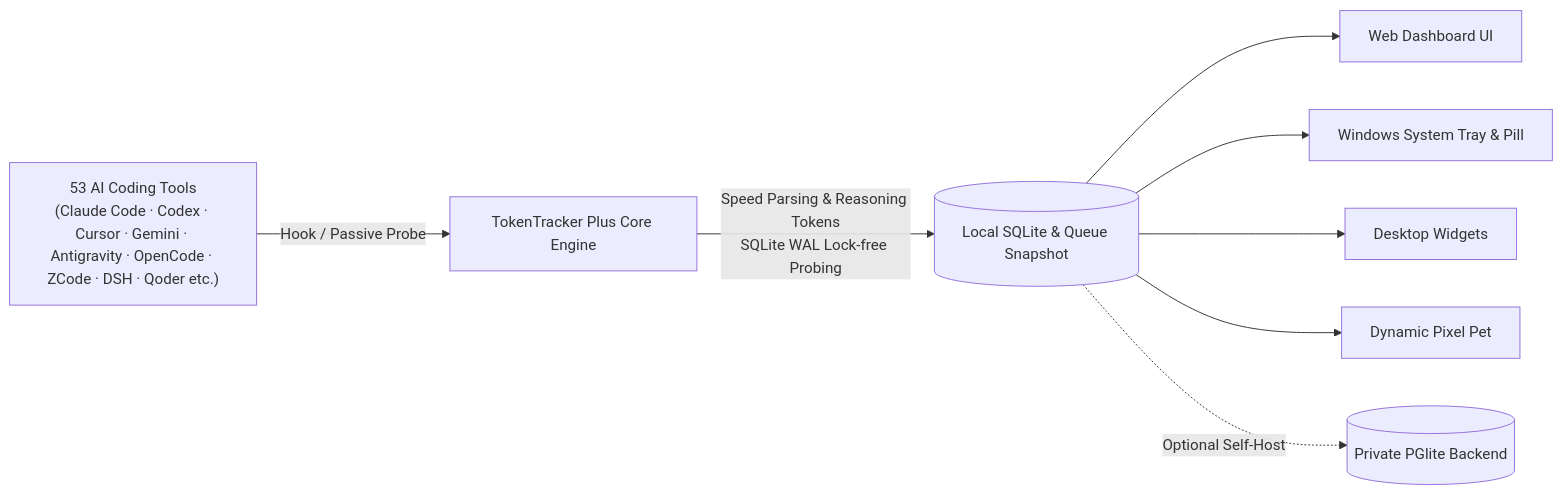
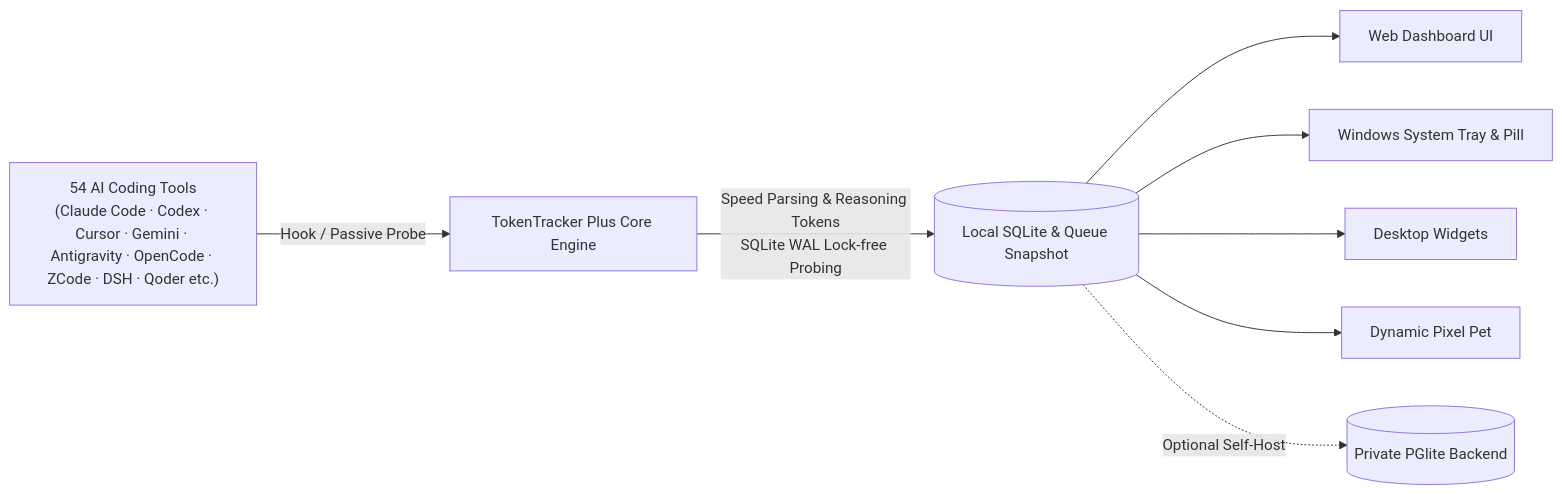
The diagram in README.en.md (01UNCLEDOG01/TokenTracker-Plus), drawn with Mermaid before and after one commit. The commit also changed other lines of this file and 29 other files, not shown here.

First line of the commit message:
feat(sources): 小米 MiMo 正名换真图标 + 新增 Magpie 网关卡片，网关行按客户端归属并迁移历史账

````diff
--- a/README.en.md
+++ b/README.en.md
@@ -198,10 +199,10 @@
 ```mermaid
 flowchart LR
-    A["53 AI Coding Tools<br/>(Claude Code · Codex · Cursor · Gemini · Antigravity · OpenCode · ZCode · DSH · Qoder etc.)"] -->|Hook / Passive Probe| B[TokenTracker Plus Core Engine]
+    A["54 AI Coding Tools<br/>(Claude Code · Codex · Cursor · Gemini · Antigravity · OpenCode · ZCode · DSH · Qoder etc.)"] -->|Hook / Passive Probe| B[TokenTracker Plus Core Engine]
     B -->|Speed Parsing & Reasoning Tokens<br/>SQLite WAL Lock-free Probing| C[(Local SQLite & Queue Snapshot)]
     C --> D[Web Dashboard UI]
     C --> E[Windows System Tray & Pill]
     C --> F[Desktop Widgets]
     C --> G[Dynamic Pixel Pet]
     C -.->|Optional Self-Host| H[(Private PGlite Backend)]
 ```
````
